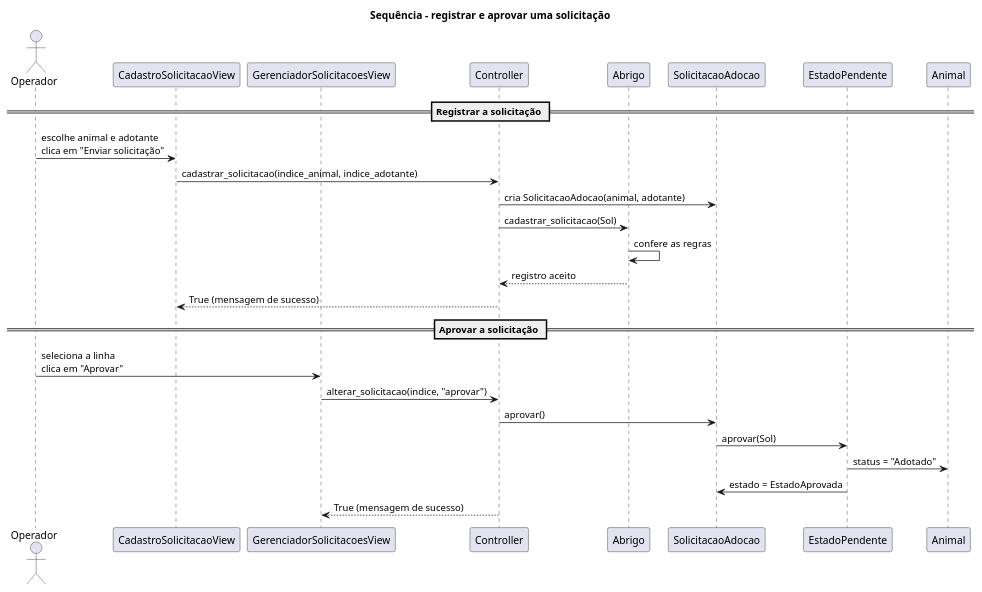
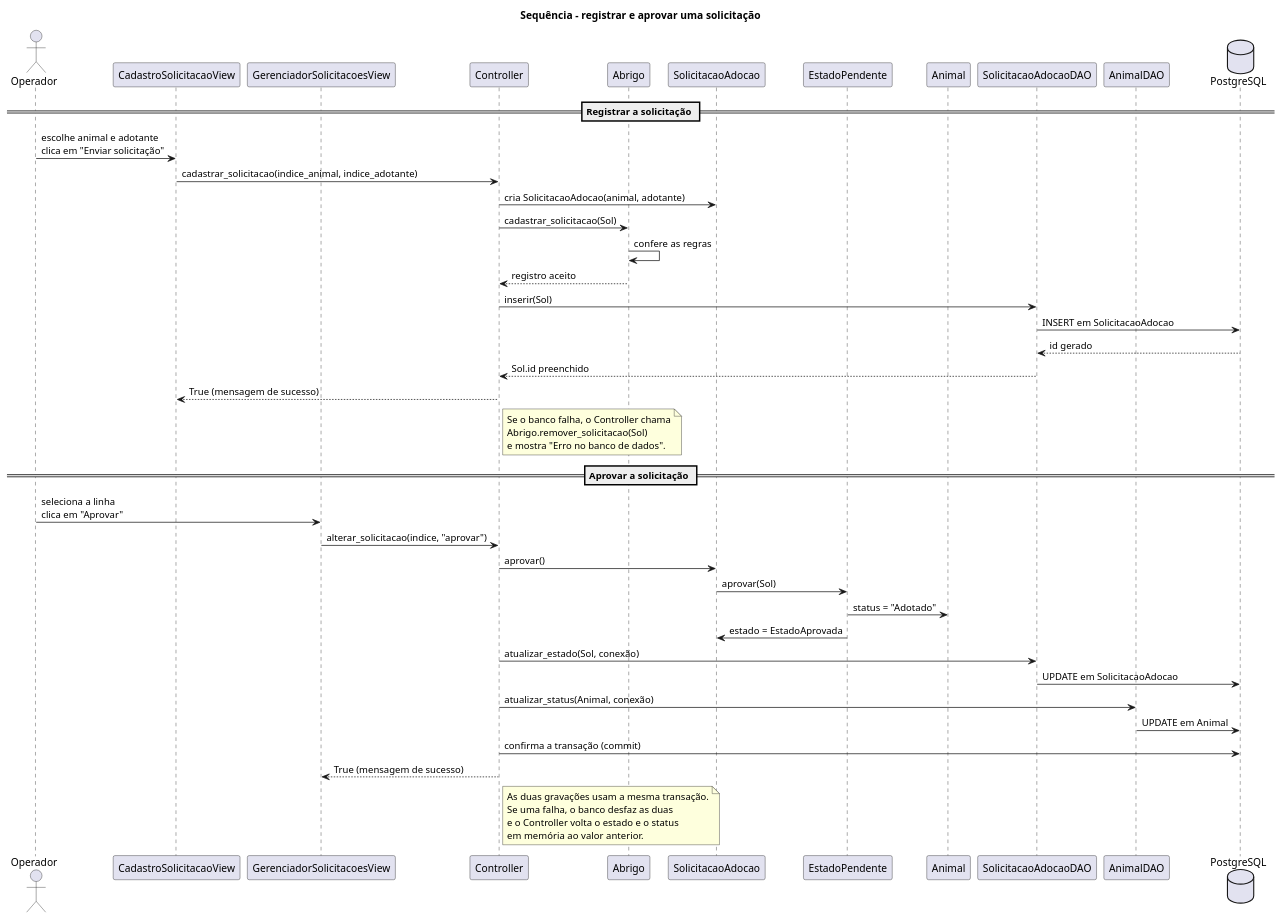
The diagram in docs/diagramas/sequencia-adocao.puml (Amandahpp/gestao-adocao-pets), drawn with PlantUML before and after one commit.

```diff
--- a/docs/diagramas/sequencia-adocao.puml
+++ b/docs/diagramas/sequencia-adocao.puml
@@ -1,30 +1,53 @@
 @startuml
 title Sequência - registrar e aprovar uma solicitação
 
 actor Operador
 participant "CadastroSolicitacaoView" as View
 participant "GerenciadorSolicitacoesView" as GView
 participant Controller
 participant Abrigo
 participant SolicitacaoAdocao as Sol
 participant EstadoPendente as Pend
 participant Animal
+participant SolicitacaoAdocaoDAO as SolDAO
+participant AnimalDAO as AniDAO
+database PostgreSQL as BD
 
 == Registrar a solicitação ==
 Operador -> View : escolhe animal e adotante\nclica em "Enviar solicitação"
 View -> Controller : cadastrar_solicitacao(indice_animal, indice_adotante)
 Controller -> Sol : cria SolicitacaoAdocao(animal, adotante)
 Controller -> Abrigo : cadastrar_solicitacao(Sol)
 Abrigo -> Abrigo : confere as regras
 Abrigo --> Controller : registro aceito
+Controller -> SolDAO : inserir(Sol)
+SolDAO -> BD : INSERT em SolicitacaoAdocao
+BD --> SolDAO : id gerado
+SolDAO --> Controller : Sol.id preenchido
 Controller --> View : True (mensagem de sucesso)
+note right of Controller
+  Se o banco falha, o Controller chama
+  Abrigo.remover_solicitacao(Sol)
+  e mostra "Erro no banco de dados".
+end note
 
 == Aprovar a solicitação ==
 Operador -> GView : seleciona a linha\nclica em "Aprovar"
 GView -> Controller : alterar_solicitacao(indice, "aprovar")
 Controller -> Sol : aprovar()
 Sol -> Pend : aprovar(Sol)
 Pend -> Animal : status = "Adotado"
 Pend -> Sol : estado = EstadoAprovada
+Controller -> SolDAO : atualizar_estado(Sol, conexão)
+SolDAO -> BD : UPDATE em SolicitacaoAdocao
+Controller -> AniDAO : atualizar_status(Animal, conexão)
+AniDAO -> BD : UPDATE em Animal
+Controller -> BD : confirma a transação (commit)
 Controller --> GView : True (mensagem de sucesso)
+note right of Controller
+  As duas gravações usam a mesma transação.
+  Se uma falha, o banco desfaz as duas
+  e o Controller volta o estado e o status
+  em memória ao valor anterior.
+end note
 @enduml
```
